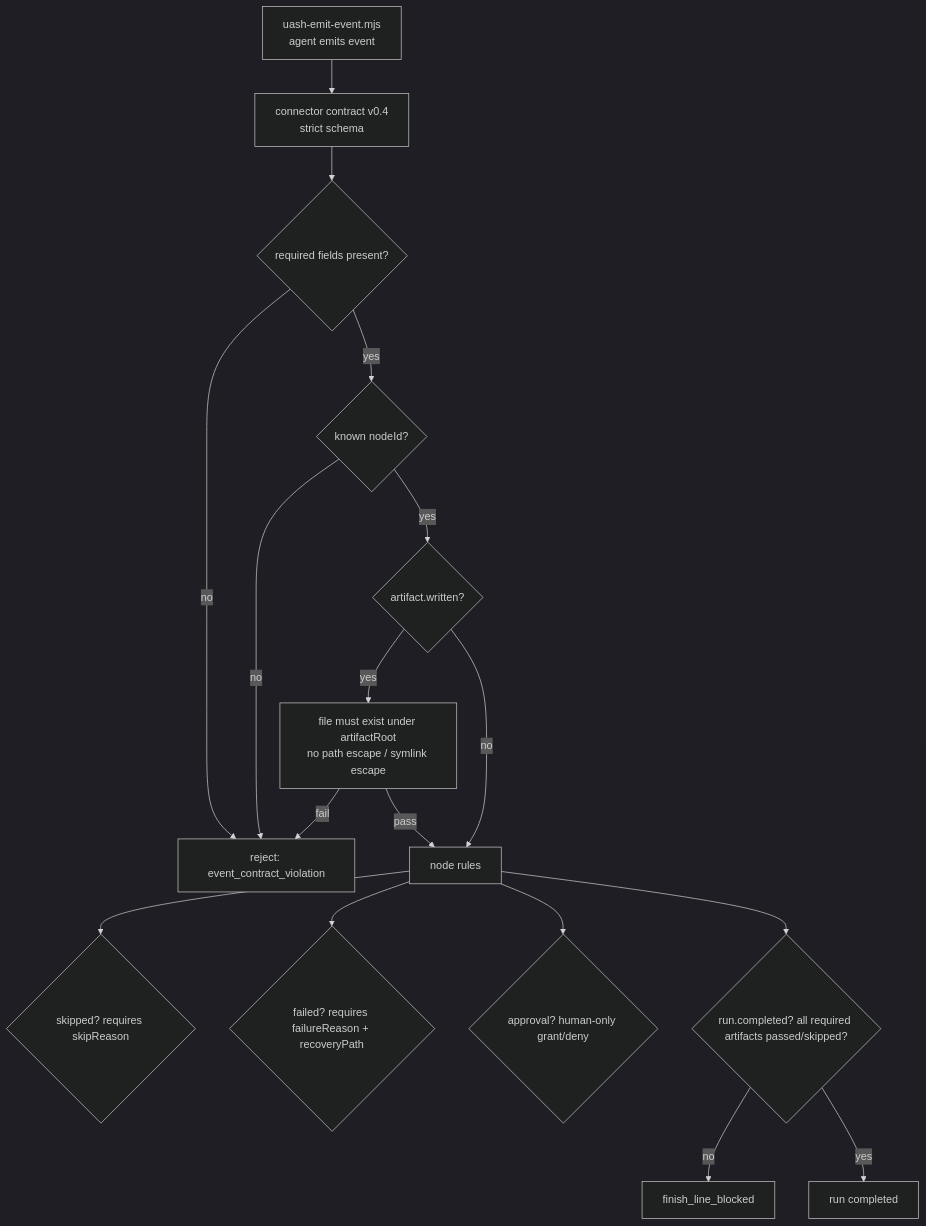
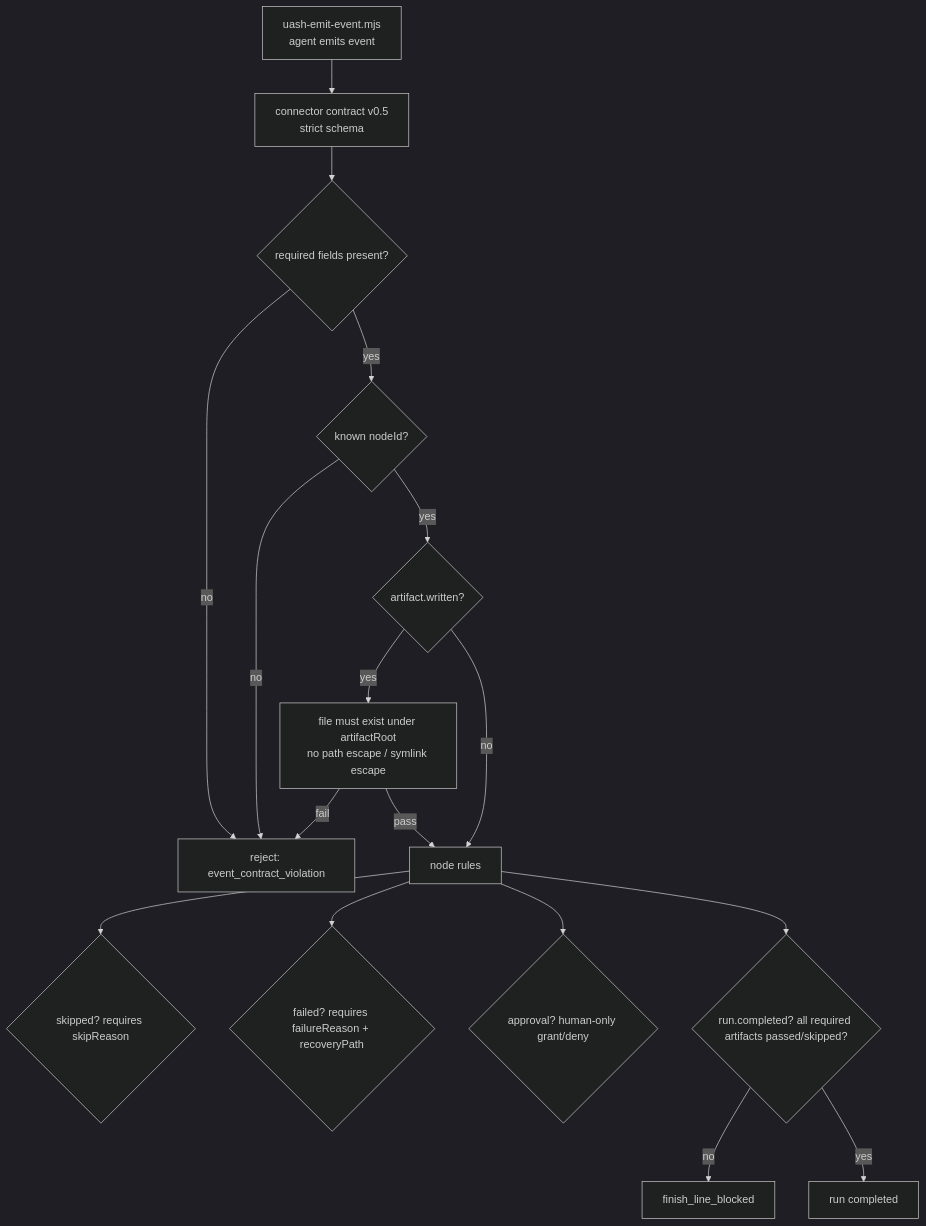
One commit to nickcarmonadigital/valdris-sdlc-harness changed the sixth of 8 diagrams in docs/HARNESS_REPO_MAP.md. Above: the diagram before and after it, drawn with Mermaid (dark theme). The commit also changed other lines of this file and 32 other files, not shown here.

````diff
--- a/docs/HARNESS_REPO_MAP.md
+++ b/docs/HARNESS_REPO_MAP.md
@@ -266,19 +266,19 @@
 ```mermaid
 flowchart TB
-  Emit["uash-emit-event.mjs<br/>agent emits event"] --> Contract["connector contract v0.4<br/>strict schema"]
+  Emit["uash-emit-event.mjs<br/>agent emits event"] --> Contract["connector contract v0.5<br/>strict schema"]
   Contract --> Fields{"required fields present?"}
   Fields -- no --> Reject["reject: event_contract_violation"]
   Fields -- yes --> Node{"known nodeId?"}
   Node -- no --> Reject
   Node -- yes --> Artifact{"artifact.written?"}
   Artifact -- yes --> FileCheck["file must exist under artifactRoot<br/>no path escape / symlink escape"]
   FileCheck -- fail --> Reject
   Artifact -- no --> StateRules
   FileCheck -- pass --> StateRules["node rules"]
   StateRules --> Skip{"skipped? requires skipReason"}
   StateRules --> Failed{"failed? requires failureReason + recoveryPath"}
   StateRules --> Approval{"approval? human-only grant/deny"}
   StateRules --> Complete{"run.completed? all required artifacts passed/skipped?"}
   Complete -- no --> Block["finish_line_blocked"]
   Complete -- yes --> Done["run completed"]
 ```
````
